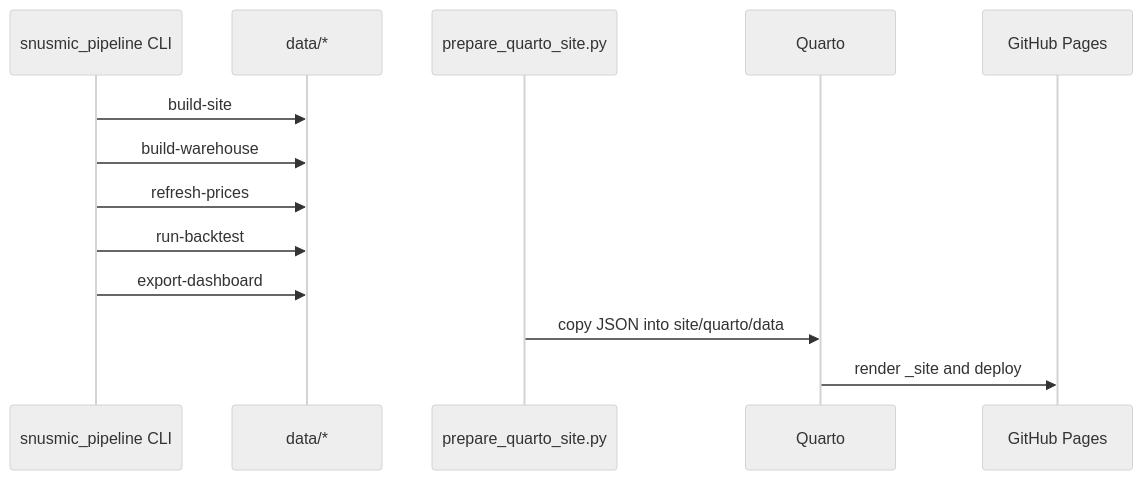
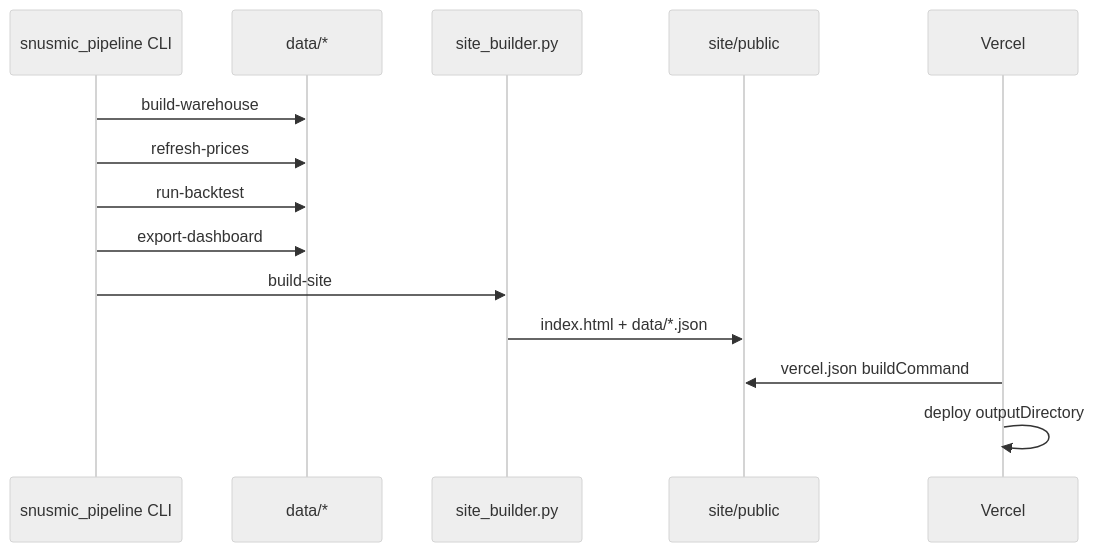
Before and after one commit to ChoiInYeol/snusmic-quant-terminal: the third of 3 diagrams in README.md, drawn with Mermaid (neutral theme). The commit also changed other lines of this file and 7 other files, not shown here.

````diff
--- a/README.md
+++ b/README.md
@@ -385,16 +382,17 @@
 ```mermaid
 sequenceDiagram
     participant CLI as snusmic_pipeline CLI
     participant DATA as data/*
-    participant PREP as prepare_quarto_site.py
-    participant QUARTO as Quarto
-    participant PAGES as GitHub Pages
+    participant BUILDER as site_builder.py
+    participant PUBLIC as site/public
+    participant VERCEL as Vercel
 
-    CLI->>DATA: build-site
     CLI->>DATA: build-warehouse
     CLI->>DATA: refresh-prices
     CLI->>DATA: run-backtest
     CLI->>DATA: export-dashboard
-    PREP->>QUARTO: copy JSON into site/quarto/data
-    QUARTO->>PAGES: render _site and deploy
+    CLI->>BUILDER: build-site
+    BUILDER->>PUBLIC: index.html + data/*.json
+    VERCEL->>PUBLIC: vercel.json buildCommand
+    VERCEL->>VERCEL: deploy outputDirectory
 ```
````
